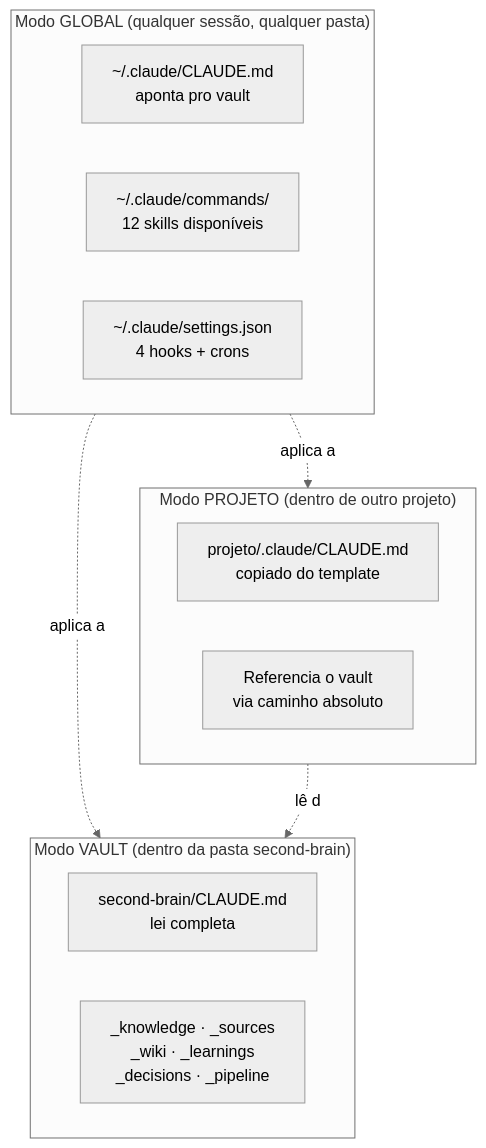
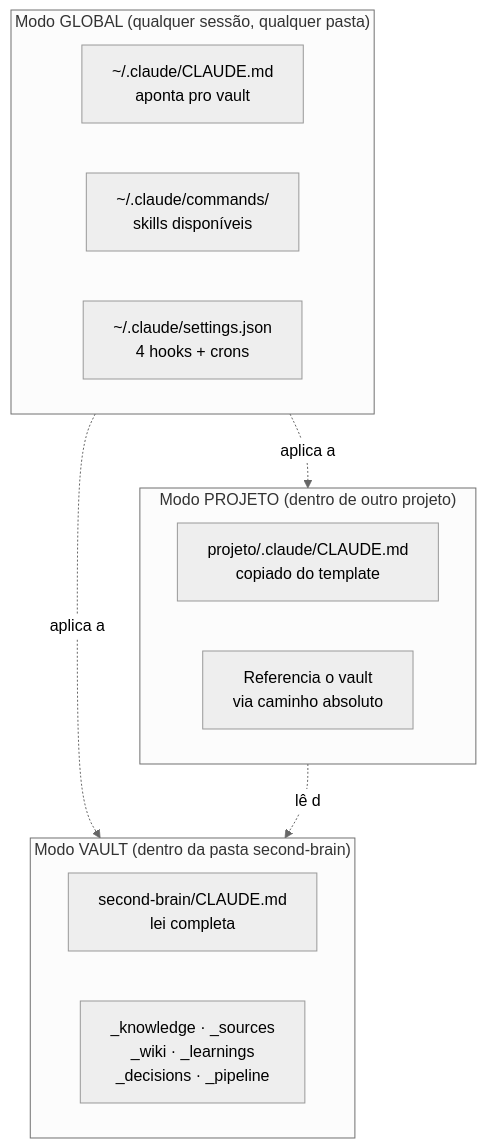
One commit to marciohideaki/second-brain-starter changed the diagram in docs/pt-br/getting-started.md. Above: the diagram before and after it, drawn with Mermaid (neutral theme). The commit also changed 21 other files, not shown here.

````diff
--- a/docs/pt-br/getting-started.md
+++ b/docs/pt-br/getting-started.md
@@ -12,22 +12,22 @@
 ```mermaid
 flowchart TB
     subgraph Global["Modo GLOBAL (qualquer sessão, qualquer pasta)"]
         G1[~/.claude/CLAUDE.md<br/>aponta pro vault]
-        G2[~/.claude/commands/<br/>12 skills disponíveis]
+        G2[~/.claude/commands/<br/>skills disponíveis]
         G3[~/.claude/settings.json<br/>4 hooks + crons]
     end
 
     subgraph Vault["Modo VAULT (dentro da pasta second-brain)"]
         V1[second-brain/CLAUDE.md<br/>lei completa]
         V2[_knowledge · _sources<br/>_wiki · _learnings<br/>_decisions · _pipeline]
     end
 
     subgraph Project["Modo PROJETO (dentro de outro projeto)"]
         P1[projeto/.claude/CLAUDE.md<br/>copiado do template]
         P2[Referencia o vault<br/>via caminho absoluto]
     end
 
     Global -.aplica a.-> Vault
     Global -.aplica a.-> Project
     Project -.lê do.-> Vault
 ```
````
